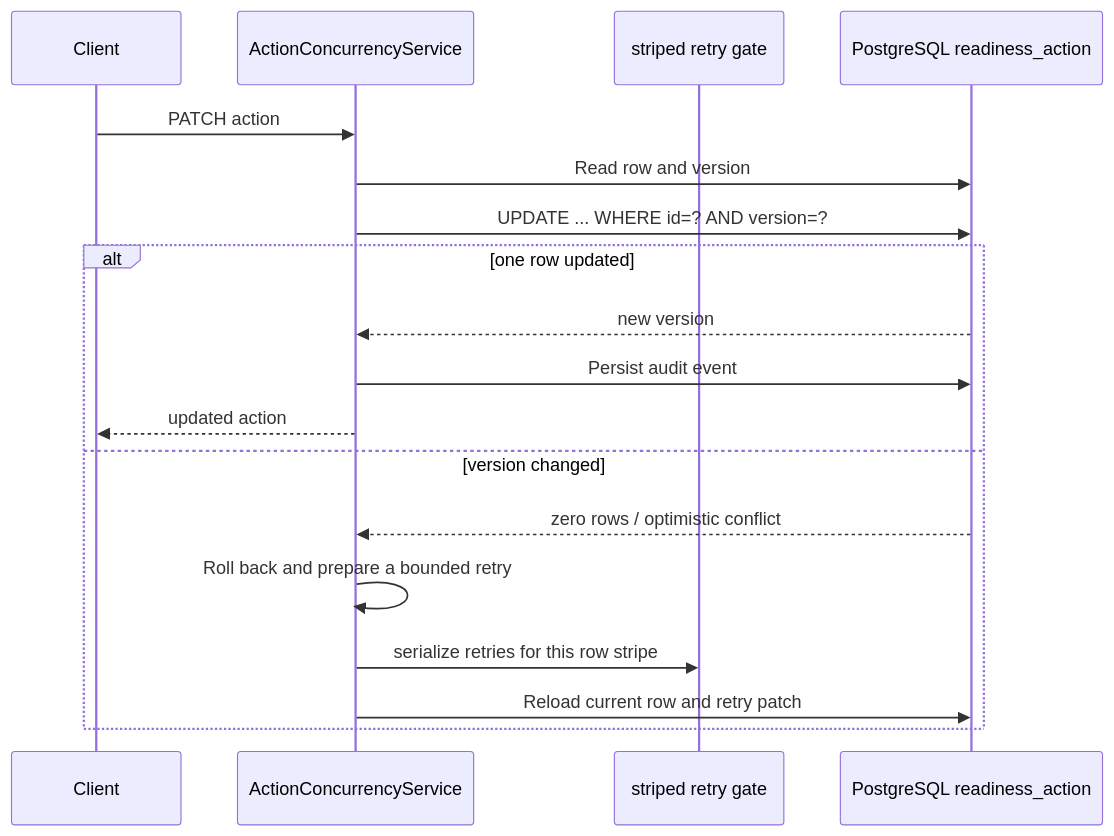
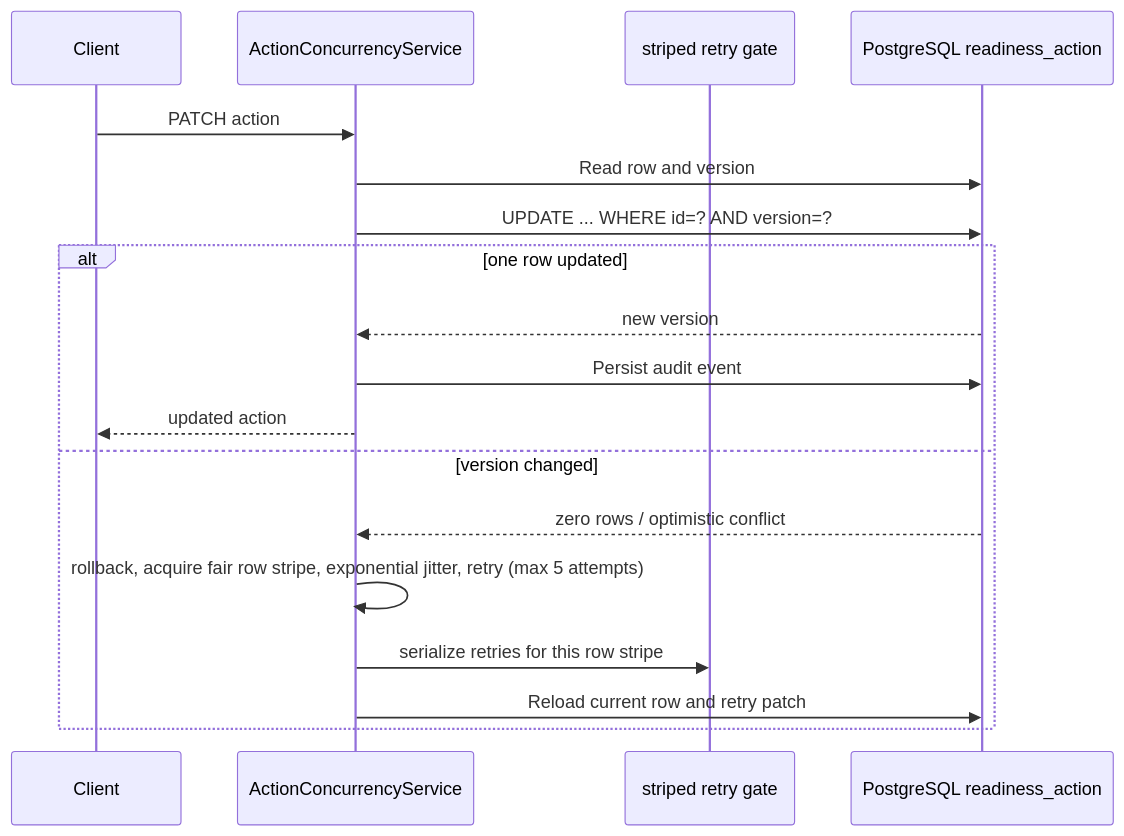
The diagram in docs/diagrams/readiness-action-optimistic-lock.md (kakali-bandyopadhyay/txb-readiness-workbench), drawn with Mermaid before and after one commit.

Commit message:
docs: restore full retry step wording in optimistic-lock diagram

````diff
--- a/docs/diagrams/readiness-action-optimistic-lock.md
+++ b/docs/diagrams/readiness-action-optimistic-lock.md
@@ -3,20 +3,20 @@
 ```mermaid
 sequenceDiagram
     participant Client
     participant Update as ActionConcurrencyService
     participant Gate as striped retry gate
     participant DB as PostgreSQL readiness_action
     Client->>Update: PATCH action
     Update->>DB: Read row and version
     Update->>DB: UPDATE ... WHERE id=? AND version=?
     alt one row updated
         DB-->>Update: new version
         Update->>DB: Persist audit event
         Update-->>Client: updated action
     else version changed
         DB-->>Update: zero rows / optimistic conflict
-        Update->>Update: Roll back and prepare a bounded retry
+        Update->>Update: rollback, acquire fair row stripe, exponential jitter, retry (max 5 attempts)
         Update->>Gate: serialize retries for this row stripe
         Update->>DB: Reload current row and retry patch
     end
 ```
````
